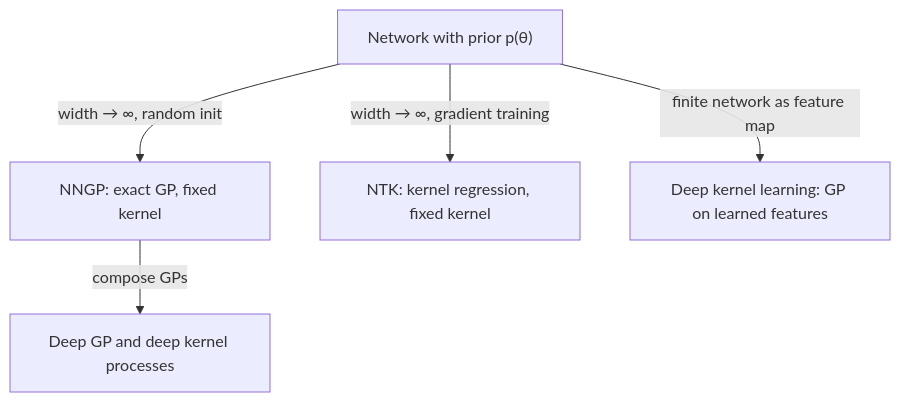
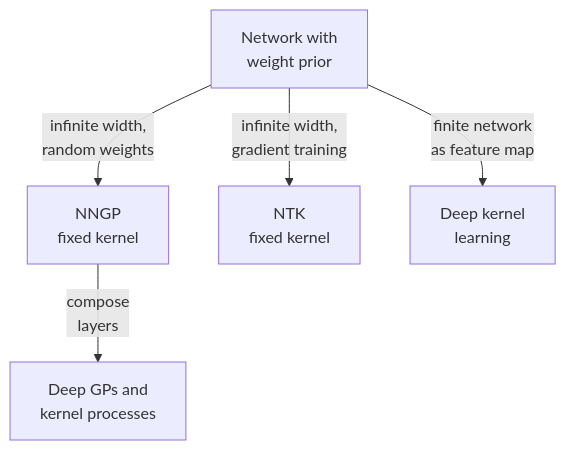
One commit to acrr-asia/acrr changed the diagram in src/content/blog/gaussian-processes-and-kernels.mdx. Above: the diagram before and after it, drawn with Mermaid. The commit also changed other lines of this file and 10 other files, not shown here.

First line of the commit message:
WIP: Bayesian Deep Learning entries 1-2, 5-6, 9-10

````diff
--- a/src/content/blog/gaussian-processes-and-kernels.mdx
+++ b/src/content/blog/gaussian-processes-and-kernels.mdx
@@ -272,7 +272,7 @@
 ```mermaid
 flowchart TD
-    N["Network with prior p(θ)"] -->|"width → ∞, random init"| G["NNGP: exact GP, fixed kernel"]
-    N -->|"width → ∞, gradient training"| T["NTK: kernel regression, fixed kernel"]
-    N -->|"finite network as feature map"| D["Deep kernel learning: GP on learned features"]
-    G -->|"compose GPs"| P["Deep GP and deep kernel processes"]
+    N["Network with<br/>weight prior"] -->|"infinite width,<br/>random weights"| G["NNGP<br/>fixed kernel"]
+    N -->|"infinite width,<br/>gradient training"| T["NTK<br/>fixed kernel"]
+    N -->|"finite network<br/>as feature map"| D["Deep kernel<br/>learning"]
+    G -->|"compose<br/>layers"| P["Deep GPs and<br/>kernel processes"]
 ```
````
